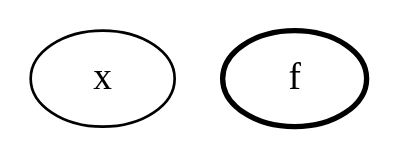
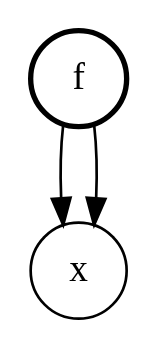
One commit to ejconlon/tang changed the diagram in tang/dot/fxx.dot. Above: the diagram before and after it, drawn with Graphviz. The commit also changed 1 other file, not shown here.

```diff
--- a/tang/dot/fxx.dot
+++ b/tang/dot/fxx.dot
@@ -1,4 +1,6 @@
 digraph g {
-  0 [forcelabels="true" label="x"]
-  1 [forcelabels="true" label="f" style="bold"]
+  0 [forcelabels="true" label="x" shape="circle"]
+  1 [forcelabels="true" label="f" shape="circle" style="bold"]
+  1 -> 0
+  1 -> 0
 }
```
